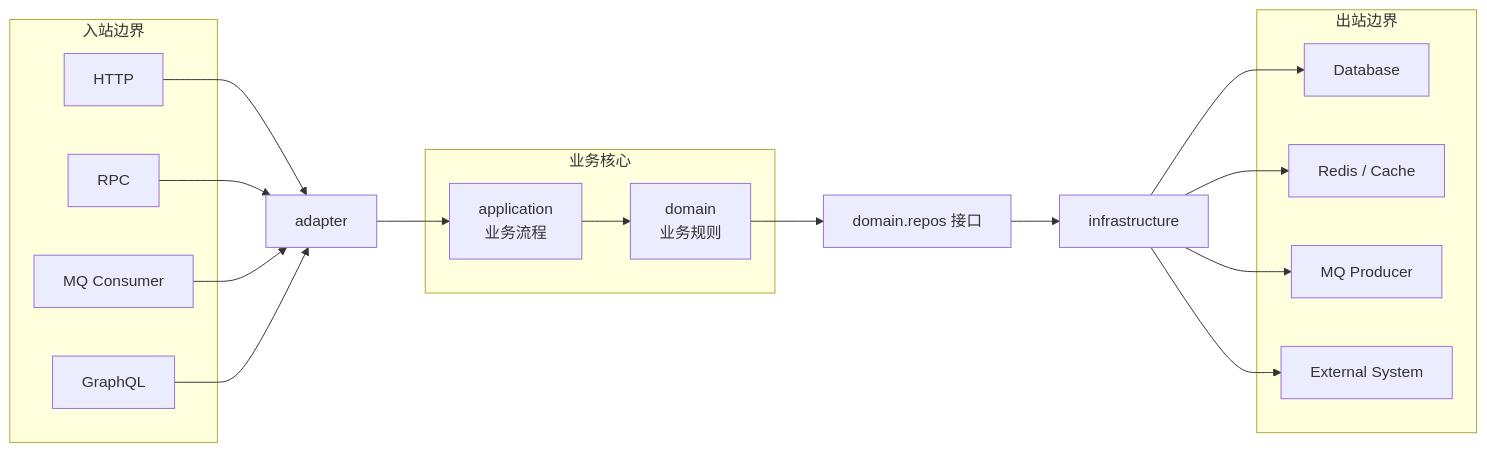
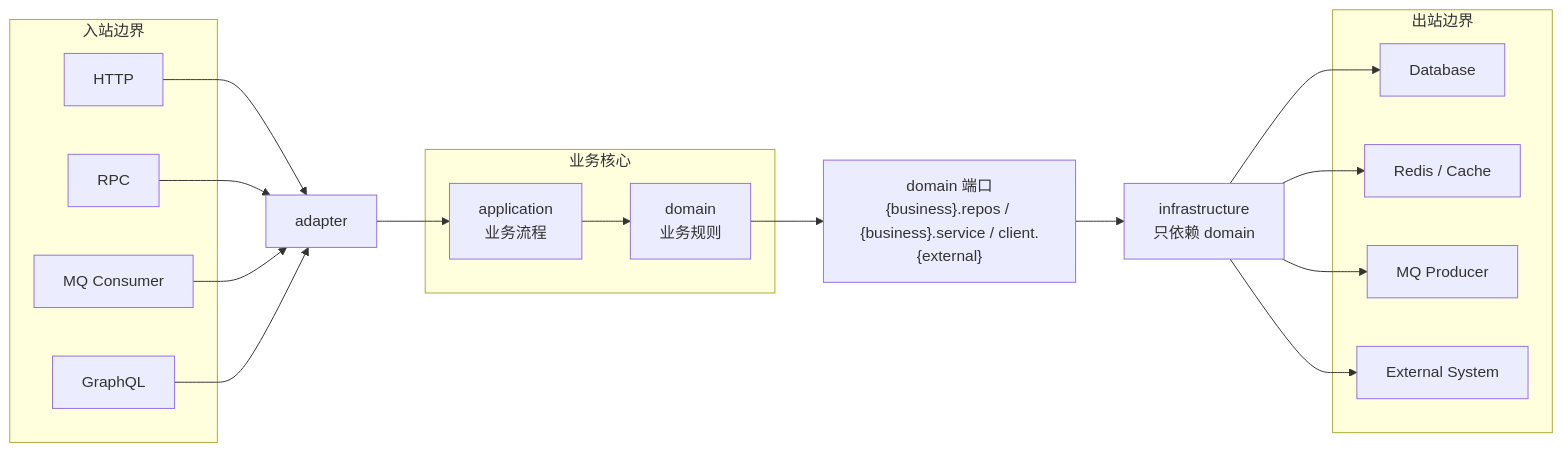
Diagram 19 of 19 in egon-cola-archetypes/architecture-mermaid-diagrams.md (AllenDEricDAlexander/Egon-COLA), drawn with Mermaid before and after one commit. The commit also changed other lines of this file and 32 other files, not shown here.

First line of the commit message:
fix(archetypes): make architecture governance actually enforce, correct guide docs

````diff
--- a/egon-cola-archetypes/architecture-mermaid-diagrams.md
+++ b/egon-cola-archetypes/architecture-mermaid-diagrams.md
@@ -474,34 +499,34 @@
 ```mermaid
 flowchart LR
     subgraph INBOUND["入站边界"]
         HTTP["HTTP"]
         RPC["RPC"]
         MQ_IN["MQ Consumer"]
         GRAPHQL["GraphQL"]
     end
 
     subgraph CORE["业务核心"]
         APP["application<br/>业务流程"]
         DOMAIN["domain<br/>业务规则"]
     end
 
     subgraph OUTBOUND["出站边界"]
         DB["Database"]
         CACHE["Redis / Cache"]
         MQ_OUT["MQ Producer"]
         EXT["External System"]
     end
 
     HTTP --> ADAPTER["adapter"]
     RPC --> ADAPTER
     MQ_IN --> ADAPTER
     GRAPHQL --> ADAPTER
     ADAPTER --> APP
     APP --> DOMAIN
-    DOMAIN --> REPO_IF["domain.repos 接口"]
-    REPO_IF --> INFRA["infrastructure"]
+    DOMAIN --> PORTS["domain 端口<br/>{business}.repos / {business}.service / client.{external}"]
+    PORTS --> INFRA["infrastructure<br/>只依赖 domain"]
     INFRA --> DB
     INFRA --> CACHE
     INFRA --> MQ_OUT
     INFRA --> EXT
 ```
````
